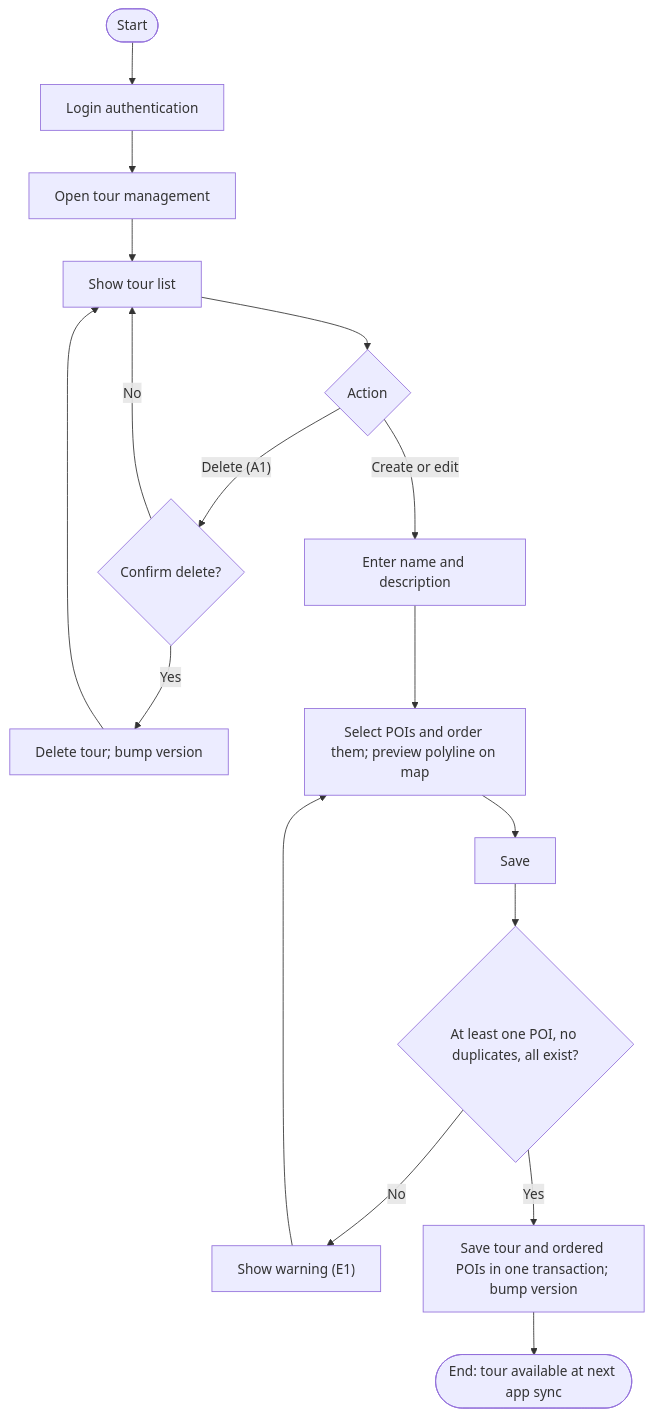
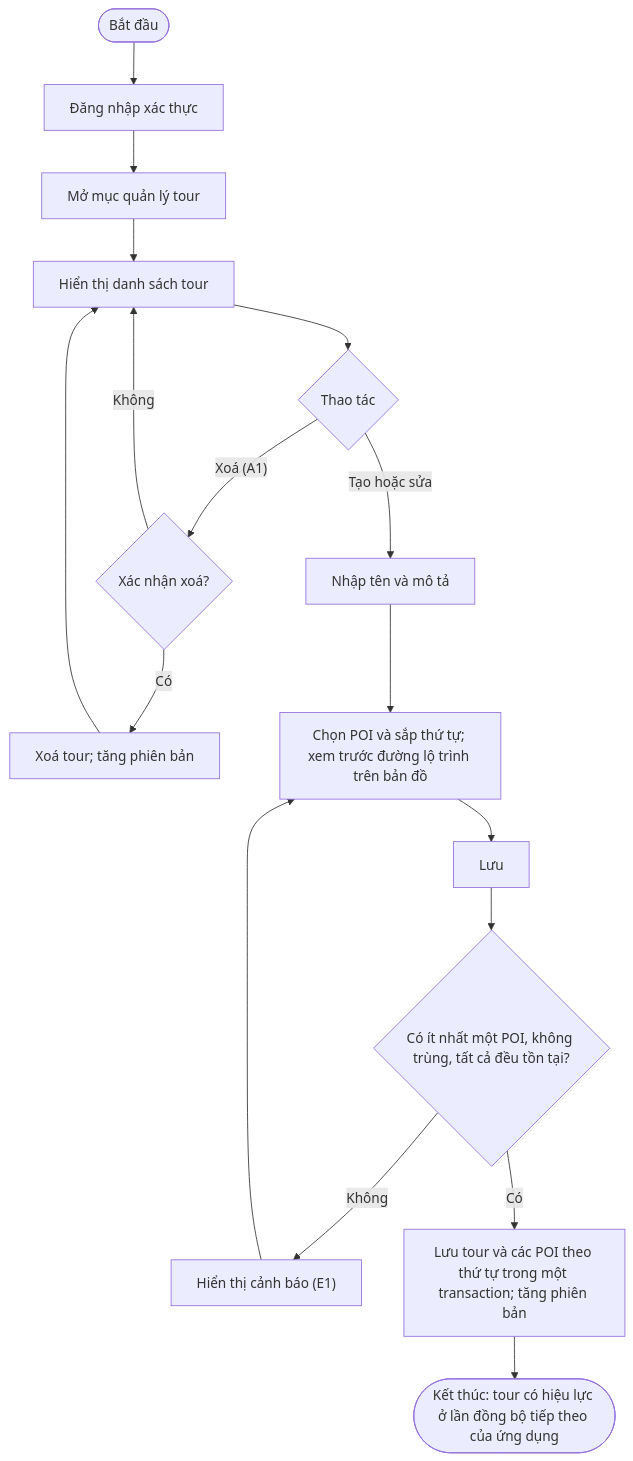
The ninth of 19 diagrams in docs/02-design.md (AiraLeFatale/CongNghePhanMem_Project), drawn with Mermaid before and after one commit. The commit also changed other lines of this file and 11 other files, not shown here.

````diff
--- a/docs/02-design.md
+++ b/docs/02-design.md
@@ -429,15 +429,15 @@
 ```mermaid
 flowchart TD
-    S(["Start"]) --> LG["Login authentication"] --> M["Open tour management"] --> L["Show tour list"]
-    L --> ACT{"Action"}
-    ACT -- "Delete (A1)" --> CF{"Confirm delete?"}
-    CF -- "No" --> L
-    CF -- "Yes" --> DEL["Delete tour; bump version"] --> L
-    ACT -- "Create or edit" --> F["Enter name and description"]
-    F --> P["Select POIs and order them; preview polyline on map"]
-    P --> SAVE["Save"]
-    SAVE --> V{"At least one POI, no duplicates, all exist?"}
-    V -- "No" --> W["Show warning (E1)"] --> P
-    V -- "Yes" --> ST["Save tour and ordered POIs in one transaction; bump version"]
-    ST --> E(["End: tour available at next app sync"])
+    S(["Bắt đầu"]) --> LG["Đăng nhập xác thực"] --> M["Mở mục quản lý tour"] --> L["Hiển thị danh sách tour"]
+    L --> ACT{"Thao tác"}
+    ACT -- "Xoá (A1)" --> CF{"Xác nhận xoá?"}
+    CF -- "Không" --> L
+    CF -- "Có" --> DEL["Xoá tour; tăng phiên bản"] --> L
+    ACT -- "Tạo hoặc sửa" --> F["Nhập tên và mô tả"]
+    F --> P["Chọn POI và sắp thứ tự; xem trước đường lộ trình trên bản đồ"]
+    P --> SAVE["Lưu"]
+    SAVE --> V{"Có ít nhất một POI, không trùng, tất cả đều tồn tại?"}
+    V -- "Không" --> W["Hiển thị cảnh báo (E1)"] --> P
+    V -- "Có" --> ST["Lưu tour và các POI theo thứ tự trong một transaction; tăng phiên bản"]
+    ST --> E(["Kết thúc: tour có hiệu lực ở lần đồng bộ tiếp theo của ứng dụng"])
 ```
````
